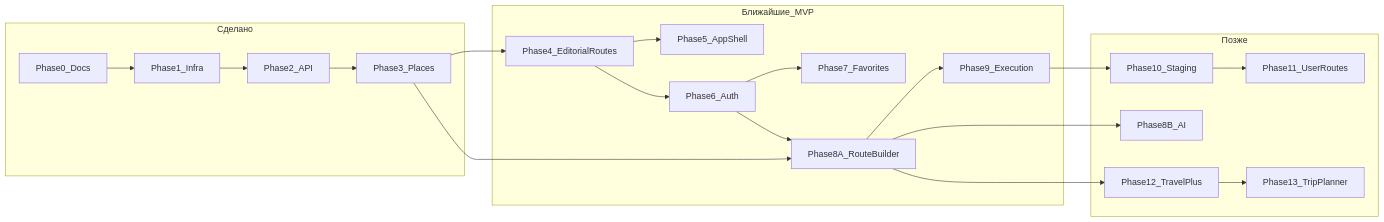
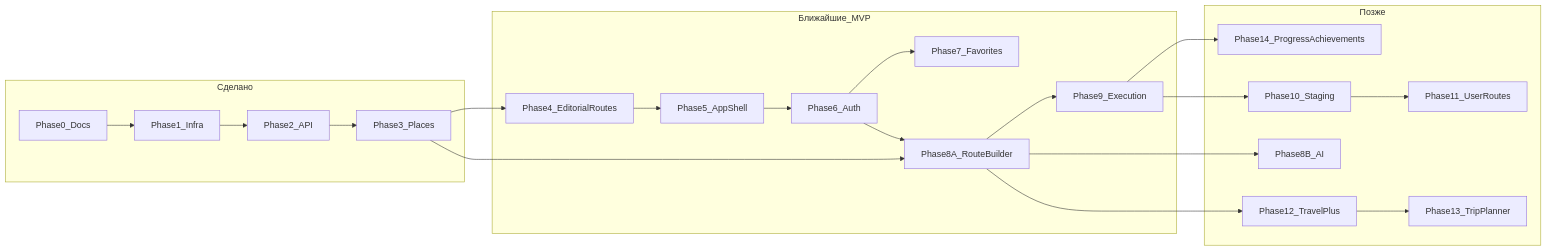
The first of 5 diagrams in docs/diagrams/phase-and-screens-map.md (xotabeach/tourism-platform), drawn with Mermaid before and after one commit. The commit also changed other lines of this file and 3 other files, not shown here.

First line of the commit message:
docs: plan Phase 14 traveler progress and achievements

````diff
--- a/docs/diagrams/phase-and-screens-map.md
+++ b/docs/diagrams/phase-and-screens-map.md
@@ -13,35 +13,37 @@
 ```mermaid
 flowchart LR
   subgraph done [Сделано]
     p0[Phase0_Docs]
     p1[Phase1_Infra]
     p2[Phase2_API]
     p3[Phase3_Places]
   end
 
   subgraph near [Ближайшие_MVP]
     p4[Phase4_EditorialRoutes]
     p5[Phase5_AppShell]
     p6[Phase6_Auth]
     p7[Phase7_Favorites]
     p8a[Phase8A_RouteBuilder]
     p9[Phase9_Execution]
   end
 
   subgraph later [Позже]
     p8b[Phase8B_AI]
     p10[Phase10_Staging]
     p11[Phase11_UserRoutes]
     p12[Phase12_TravelPlus]
     p13[Phase13_TripPlanner]
+    p14[Phase14_ProgressAchievements]
   end
 
   p0 --> p1 --> p2 --> p3 --> p4
   p4 --> p5
-  p4 --> p6 --> p7
+  p5 --> p6 --> p7
   p3 --> p8a
   p6 --> p8a --> p9
+  p9 --> p14
   p8a --> p8b
   p9 --> p10 --> p11
   p8a --> p12 --> p13
 ```
````
